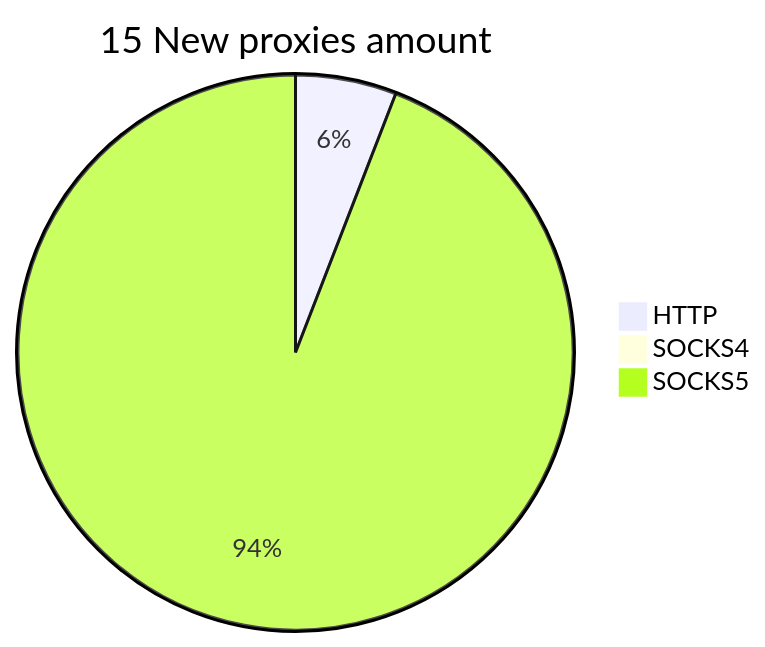
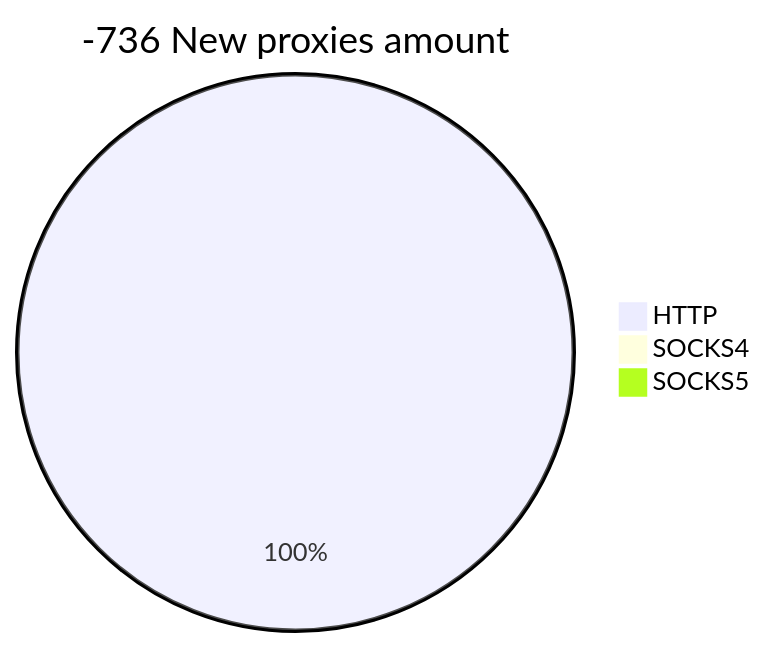
Before and after one commit to cutipu/proxylist: the second of 2 diagrams in README.md, drawn with Mermaid. The commit also changed other lines of this file, not shown here.

````diff
--- a/README.md
+++ b/README.md
@@ -10,6 +10,6 @@
 ```mermaid
-pie title 15 New proxies amount
-    "HTTP" : 1
+pie title -736 New proxies amount
+    "HTTP" : 12
     "SOCKS4" : 0
-    "SOCKS5" : 16
+    "SOCKS5" : 0
 ```
````
